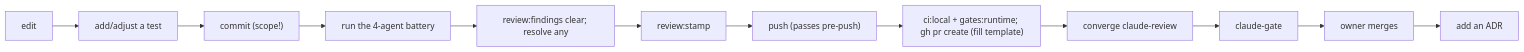
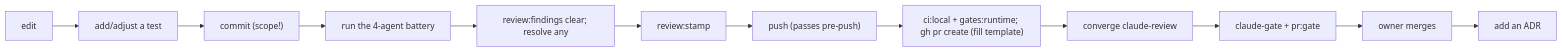
The diagram in docs/handbook/onboarding.md (erikunha/portfolio), drawn with Mermaid before and after one commit. The commit also changed other lines of this file and 9 other files, not shown here.

````diff
--- a/docs/handbook/onboarding.md
+++ b/docs/handbook/onboarding.md
@@ -26,9 +26,9 @@
 ```mermaid
 flowchart LR
     edit["edit"] --> tdd["add/adjust a test"] --> commit["commit (scope!)"]
     commit --> battery["run the 4-agent battery"] --> ledger["review:findings clear; resolve any"]
     ledger --> stamp["review:stamp"] --> push["push (passes pre-push)"]
     push --> pr["ci:local + gates:runtime; gh pr create (fill template)"]
-    pr --> conv["converge claude-review"] --> ready["claude-gate"] --> owner["owner merges"]
+    pr --> conv["converge claude-review"] --> ready["claude-gate + pr:gate"] --> owner["owner merges"]
     owner --> adr["add an ADR"]
 ```
````
